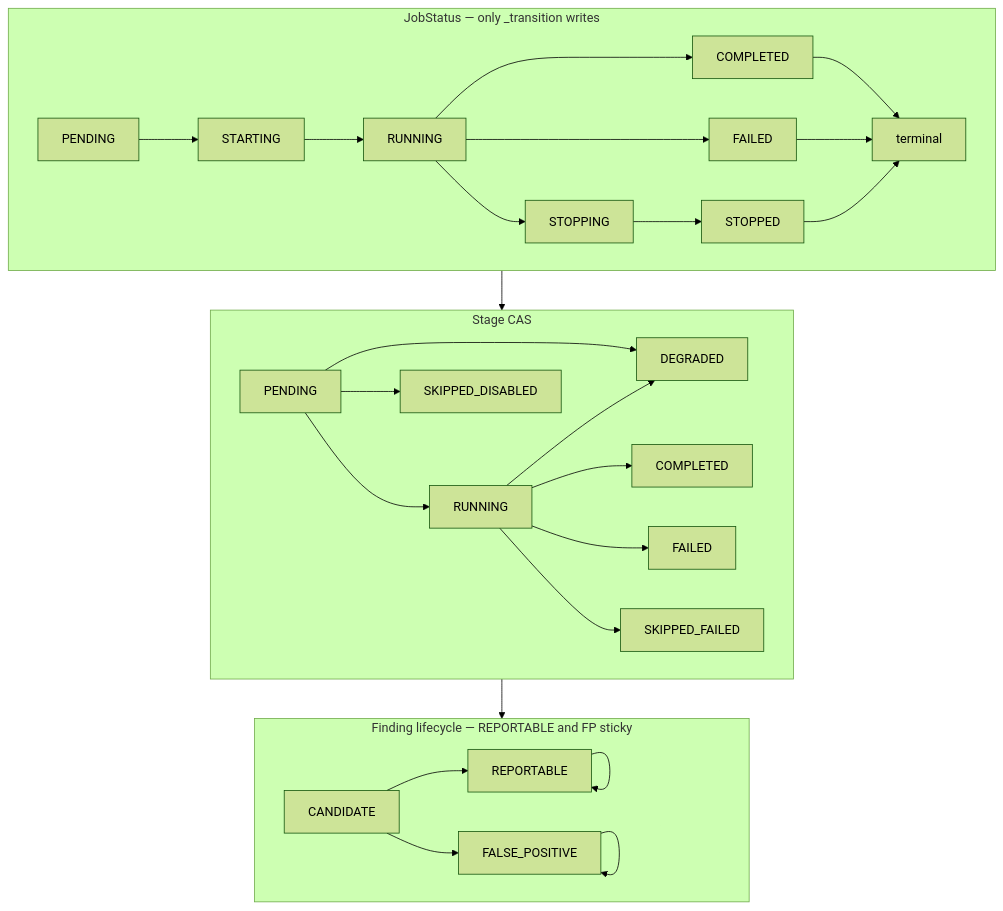
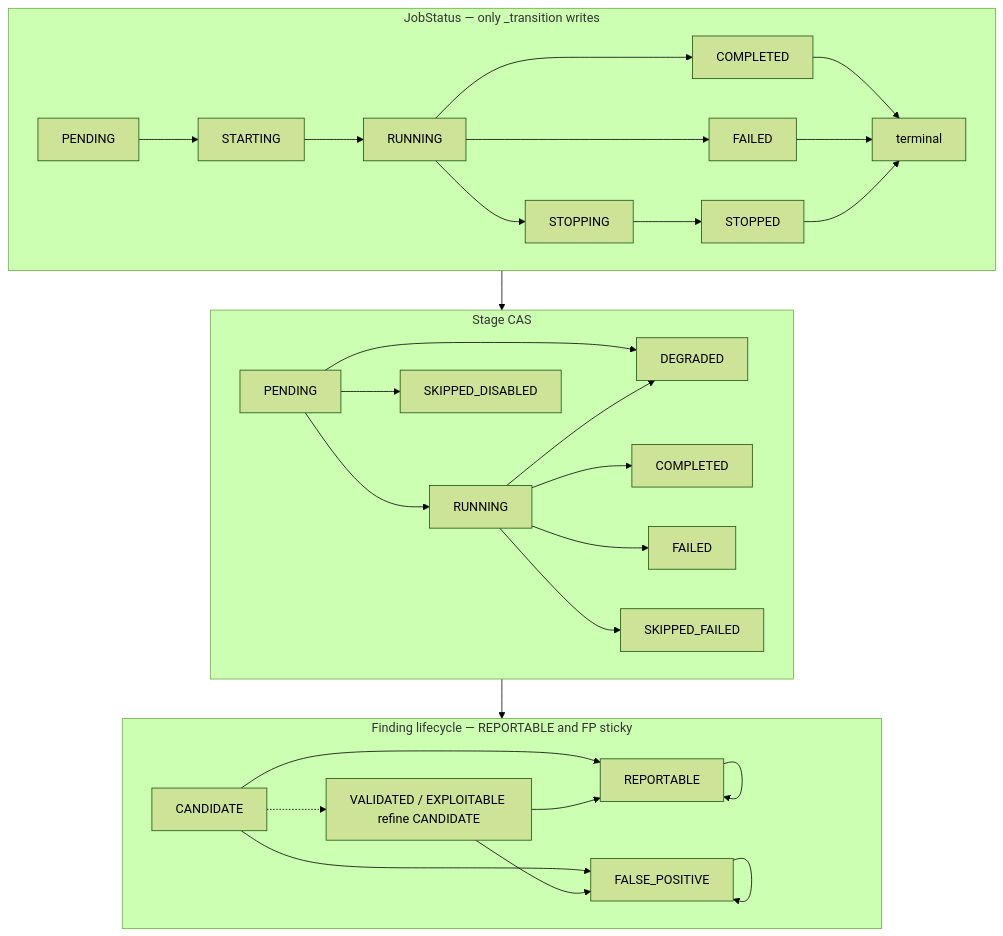
The sixth of 14 diagrams in docs/flowchart.md (AviralGup7/Singularity-Zero), drawn with Mermaid (forest theme) before and after one commit. The commit also changed other lines of this file, not shown here.

Commit message:
docs: record F-007 CANDIDATE surface and F-019 telemetry normalizer

````diff
--- a/docs/flowchart.md
+++ b/docs/flowchart.md
@@ -228,31 +228,34 @@
 ```mermaid
 flowchart TD
     subgraph Job["JobStatus — only _transition writes"]
         JP["PENDING"] --> JS["STARTING"]
         JS --> JR["RUNNING"]
         JR --> JX["STOPPING"]
         JX --> JD["STOPPED"]
         JR --> JC["COMPLETED"]
         JR --> JF["FAILED"]
         JC --> JTerm["terminal"]
         JF --> JTerm
         JD --> JTerm
     end
     subgraph Stage["Stage CAS"]
         SP["PENDING"] --> SR["RUNNING"]
         SP --> SSD["SKIPPED_DISABLED"]
         SP --> SDG["DEGRADED"]
         SR --> SC["COMPLETED"]
         SR --> SDG
         SR --> SF["FAILED"]
         SR --> SSF["SKIPPED_FAILED"]
     end
     subgraph Finding["Finding lifecycle — REPORTABLE and FP sticky"]
         FC["CANDIDATE"] --> FR["REPORTABLE"]
         FC --> FF["FALSE_POSITIVE"]
         FR --> FR
         FF --> FF
+        FC -.-> FV["VALIDATED / EXPLOITABLE refine CANDIDATE"]
+        FV --> FR
+        FV --> FF
     end
     Job --> Stage
     Stage --> Finding
 ```
````
